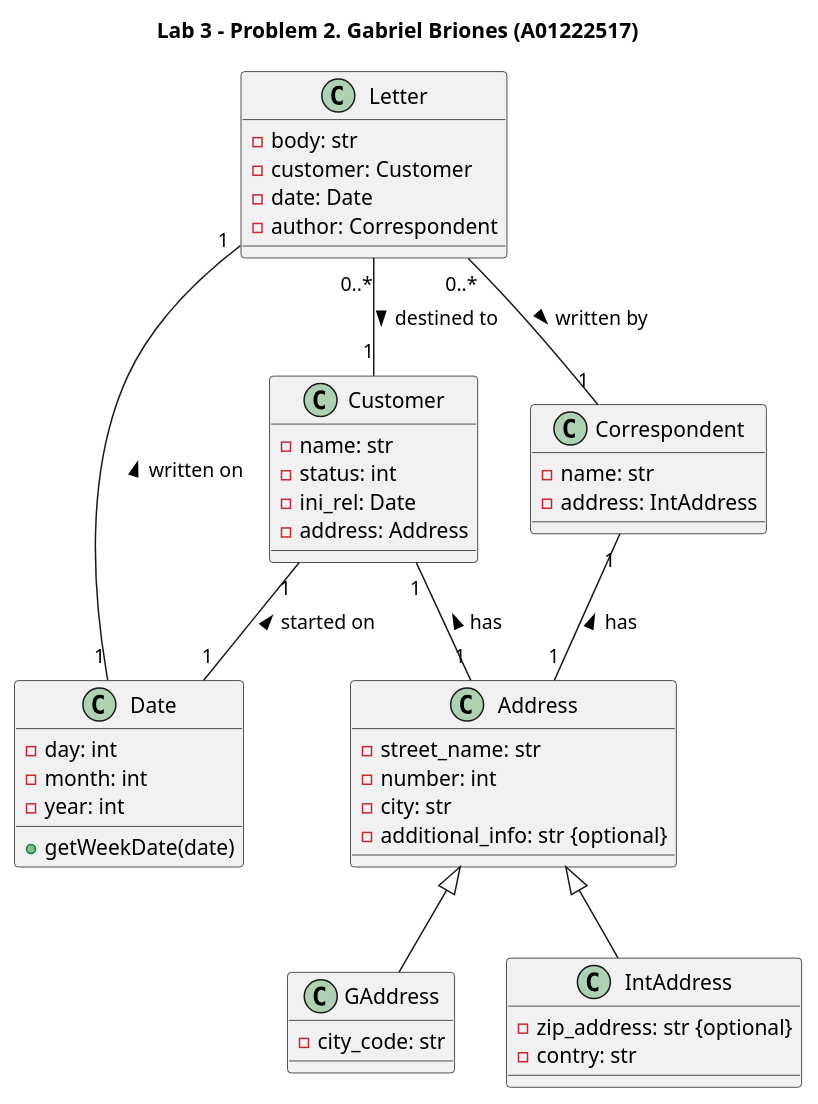
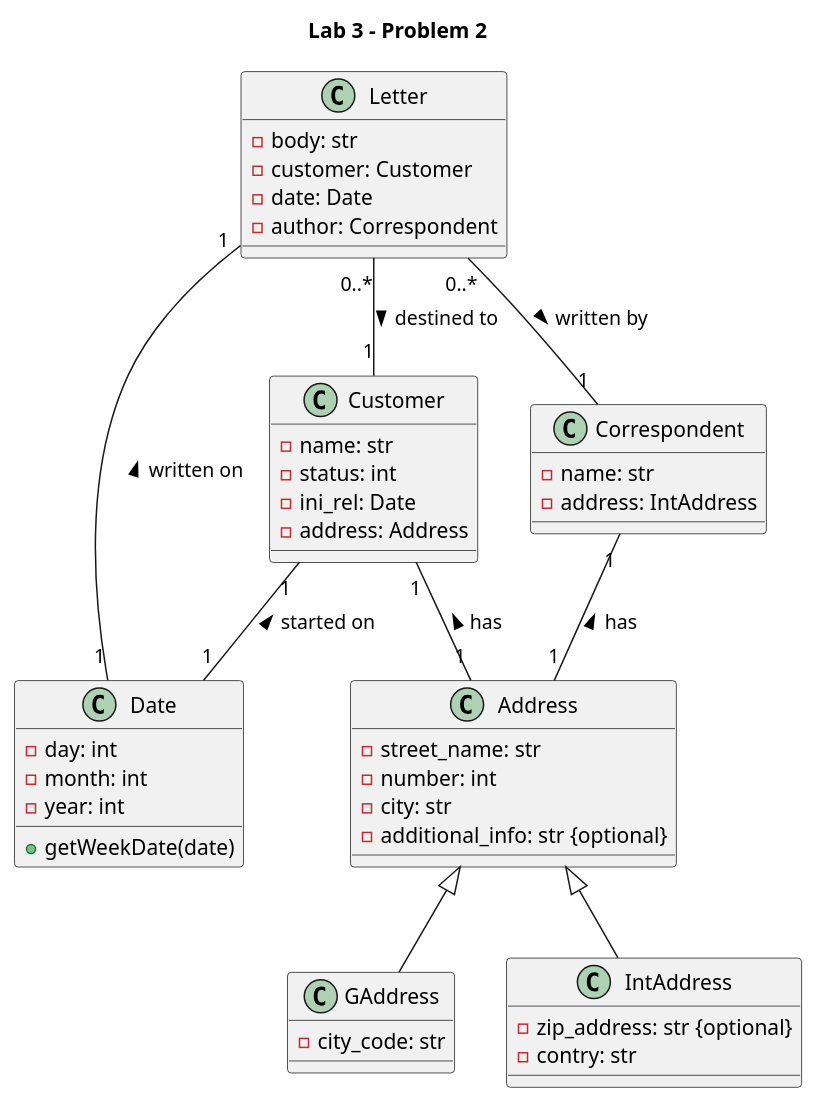
Before and after one commit to mcc-sw-eng-course/python-programs-gbriones1: the diagram in Lab3/p2.puml, drawn with PlantUML. The commit also changed 3 other files, not shown here.

```diff
--- a/Lab3/p2.puml
+++ b/Lab3/p2.puml
@@ -1,54 +1,54 @@
 @startuml
 
-title Lab 3 - Problem 2. Gabriel Briones (A01222517)
+title Lab 3 - Problem 2
 
 class Letter{
     - body: str
     - customer: Customer
     - date: Date
     - author: Correspondent
 }
 
 class Date{
     - day: int
     - month: int
     - year: int
     + getWeekDate(date)
 }
 
 class Correspondent{
     - name: str
     - address: IntAddress
 }
 
 class Customer{
     - name: str
     - status: int
     - ini_rel: Date
     - address: Address
 }
 
 class Address{
     - street_name: str
     - number: int
     - city: str
     - additional_info: str {optional}
 }
 
 class GAddress{
     - city_code: str
 }
 class IntAddress{
     - zip_address: str {optional}
     - contry: str
 }
 
 Customer "1" -down- "1" Date: started on <
 Letter "1" -down- "1" Date: written on <
 Letter "0..*" -down- "1" Customer: destined to >
 Letter "0..*" -down- "1" Correspondent: written by >
 Customer "1" -down- "1" Address: has <
 Correspondent "1" -down- "1" Address: has <
 Address <|-- GAddress
 Address <|-- IntAddress
 @enduml
```
